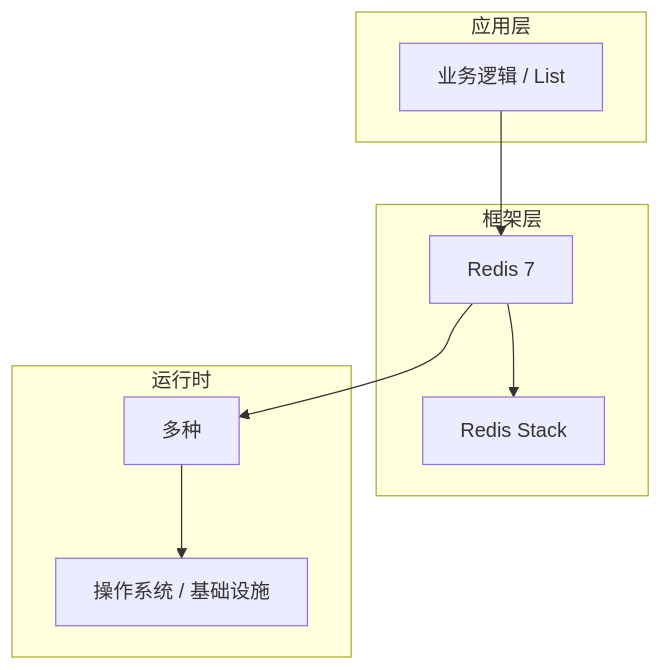
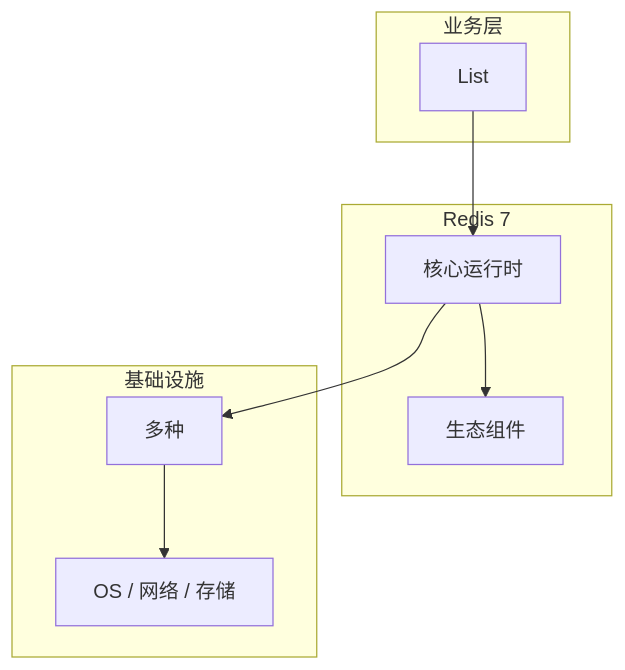
One commit to yanggan2015/knowledge-json-v2 changed the diagram in articles/Redis/chapters/025-List核心概念与原理.md. Above: the diagram before and after it, drawn with Mermaid. The commit also changed other lines of this file and 10127 other files, not shown here.

````diff
--- a/articles/Redis/chapters/025-List核心概念与原理.md
+++ b/articles/Redis/chapters/025-List核心概念与原理.md
@@ -45,18 +34,18 @@
 ```mermaid
 graph TB
-    subgraph 应用层
-        A[业务逻辑 / List]
+    subgraph 业务层
+        A[List]
     end
-    subgraph 框架层
-        B[Redis 7]
-        C[Redis Stack]
+    subgraph Redis 7
+        B[核心运行时]
+        C[生态组件]
     end
-    subgraph 运行时
+    subgraph 基础设施
         D[多种]
-        E[操作系统 / 基础设施]
+        E[OS / 网络 / 存储]
     end
     A --> B
     B --> C
     B --> D
     D --> E
 ```
````
